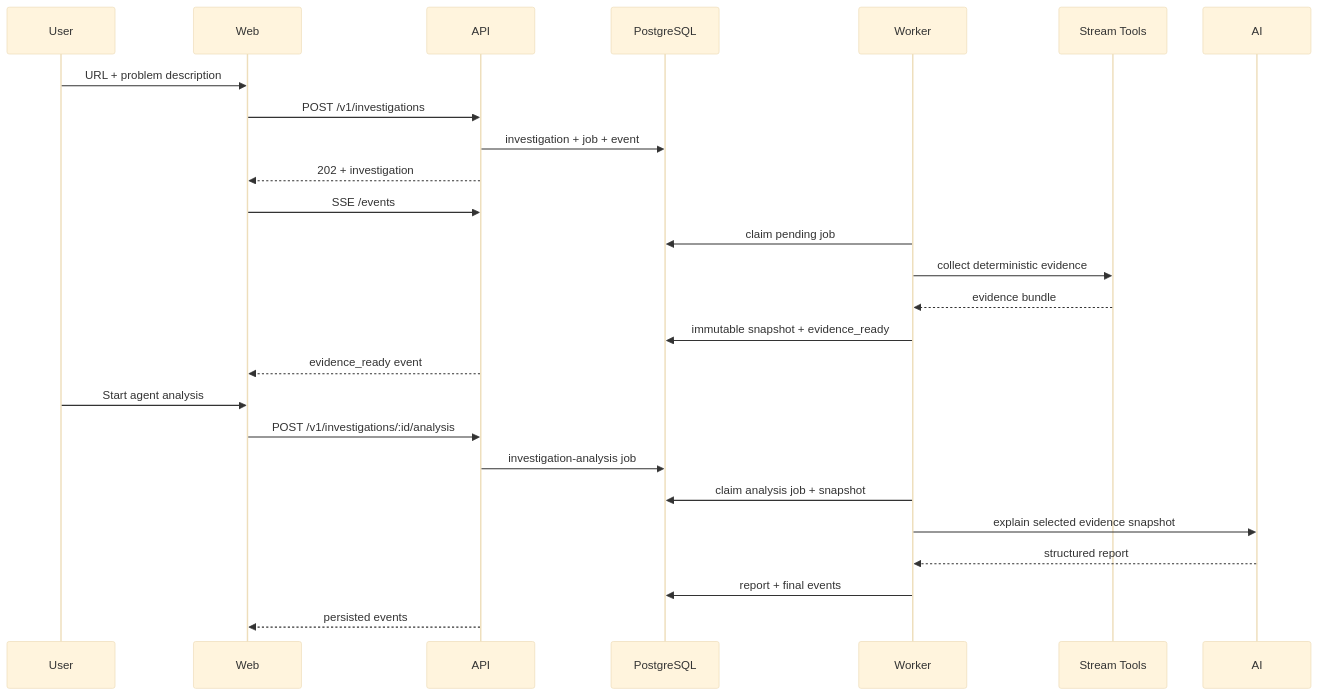
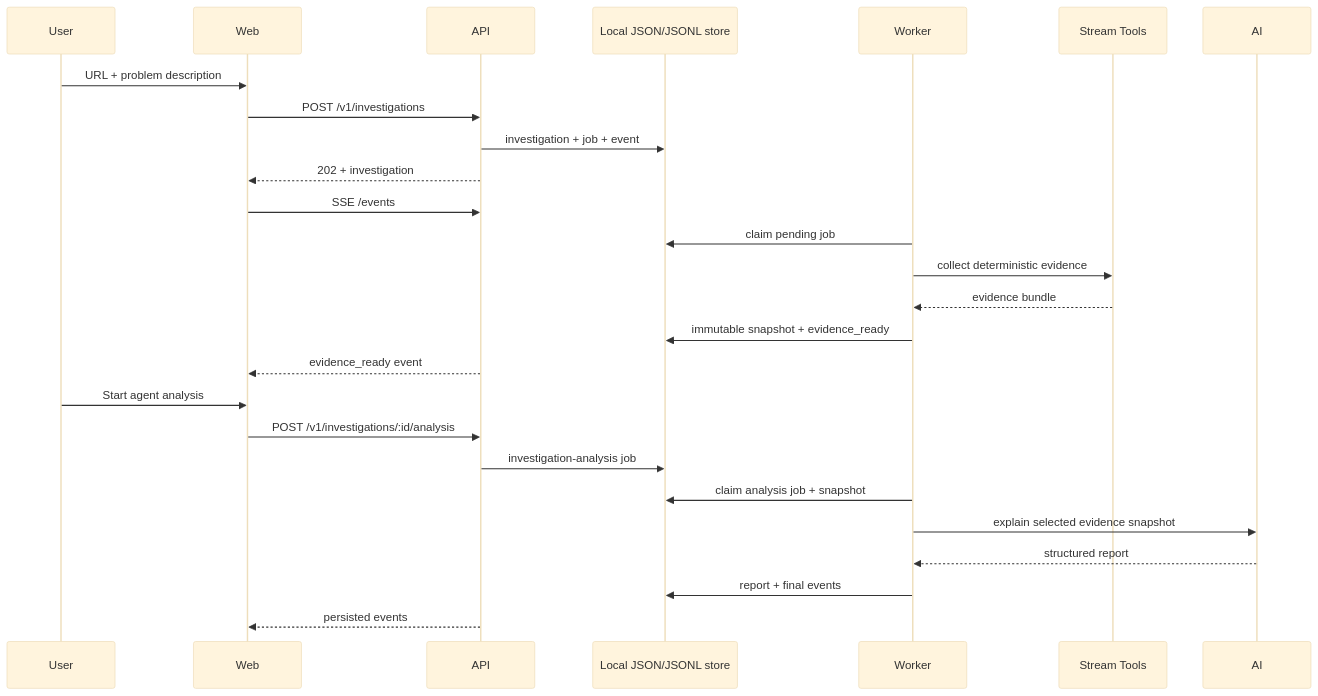
Before and after one commit to gugaio/videoharness: the third of 5 diagrams in docs/architecture/README.md, drawn with Mermaid (base theme). The commit also changed other lines of this file and 78 other files, not shown here.

First line of the commit message:
feat(storage): migrate persistence from PostgreSQL to local JSON/JSONL

````diff
--- a/docs/architecture/README.md
+++ b/docs/architecture/README.md
@@ -152,29 +151,29 @@
 ```mermaid
 sequenceDiagram
     participant U as User
     participant W as Web
     participant A as API
-    participant D as PostgreSQL
+    participant D as Local JSON/JSONL store
     participant K as Worker
     participant T as Stream Tools
     participant I as AI
 
     U->>W: URL + problem description
     W->>A: POST /v1/investigations
     A->>D: investigation + job + event
     A-->>W: 202 + investigation
     W->>A: SSE /events
     K->>D: claim pending job
     K->>T: collect deterministic evidence
     T-->>K: evidence bundle
     K->>D: immutable snapshot + evidence_ready
     A-->>W: evidence_ready event
     U->>W: Start agent analysis
     W->>A: POST /v1/investigations/:id/analysis
     A->>D: investigation-analysis job
     K->>D: claim analysis job + snapshot
     K->>I: explain selected evidence snapshot
     I-->>K: structured report
     K->>D: report + final events
     A-->>W: persisted events
 ```
````
